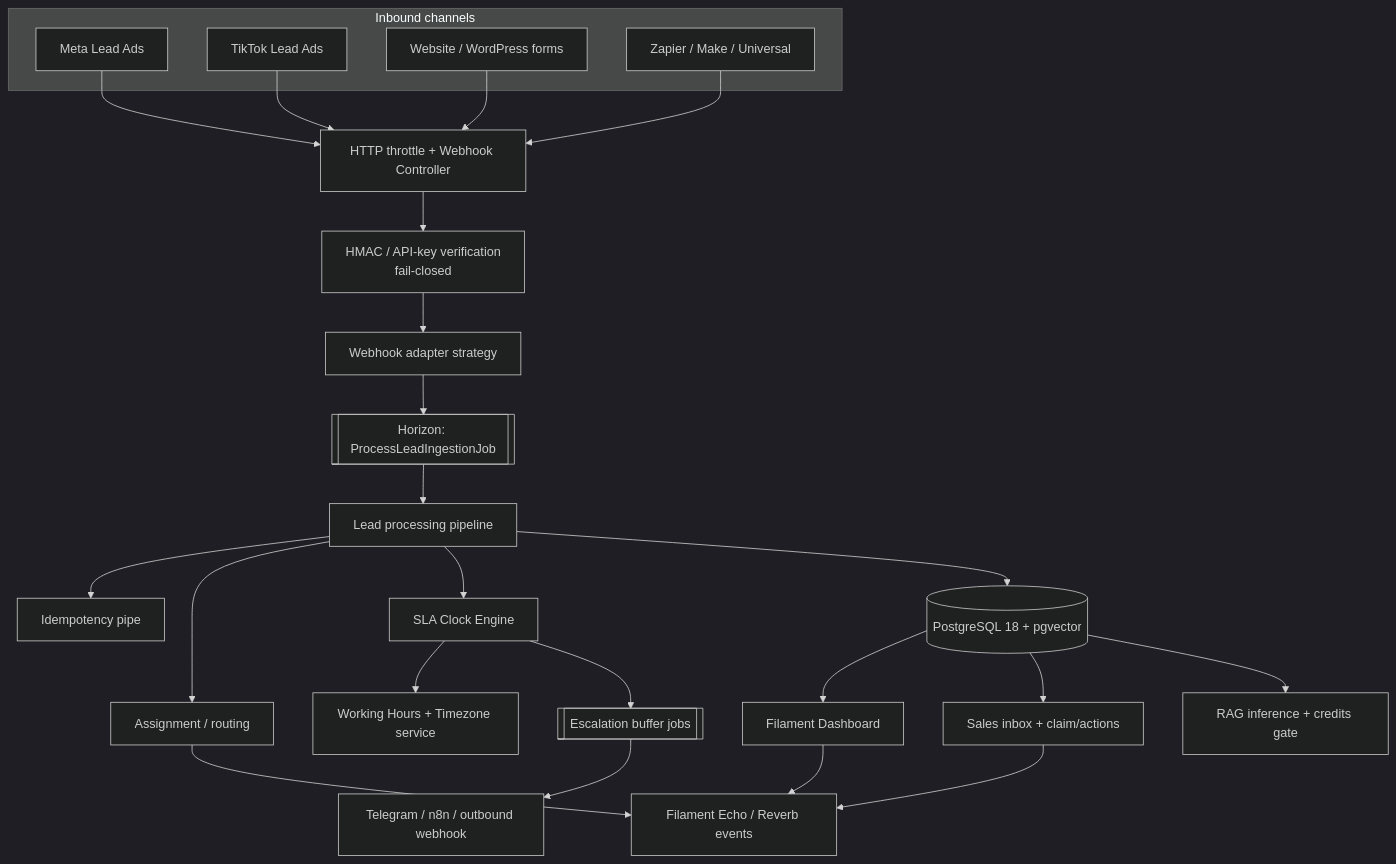
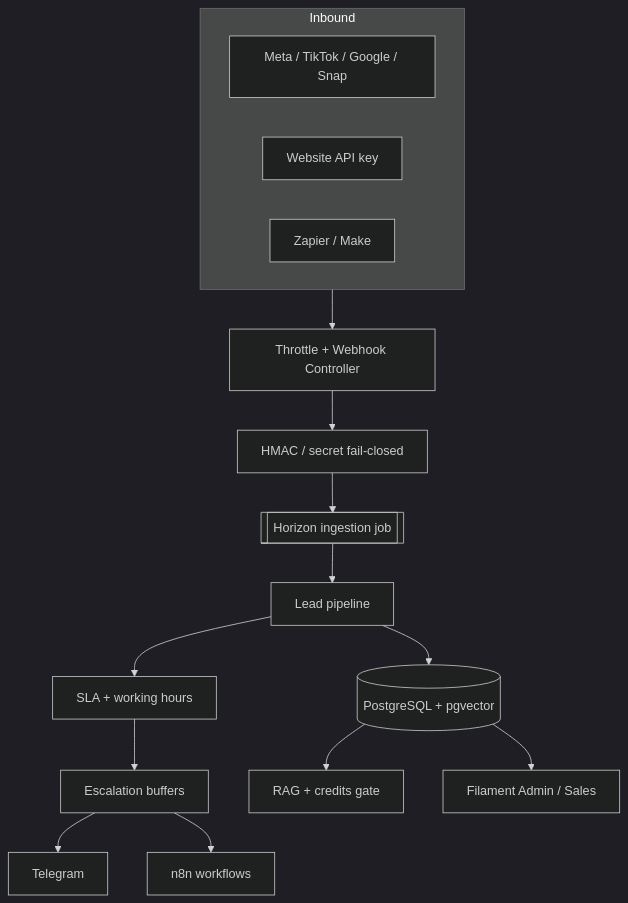
Before and after one commit to yousefbzaqout/firsttouch-sla: the diagram in README.md, drawn with Mermaid (dark theme). The commit also changed other lines of this file and 18 other files, not shown here.

````diff
--- a/README.md
+++ b/README.md
@@ -33,35 +116,20 @@
 ```mermaid
 graph TD
-  subgraph Inbound["Inbound channels"]
-    META[Meta Lead Ads]
-    TT[TikTok Lead Ads]
-    WEB[Website / WordPress forms]
-    UNI[Zapier / Make / Universal]
+  subgraph Inbound
+    M[Meta / TikTok / Google / Snap]
+    W[Website API key]
+    Z[Zapier / Make]
   end
 
-  META --> RL[HTTP throttle + Webhook Controller]
-  TT --> RL
-  WEB --> RL
-  UNI --> RL
-
-  RL --> HMAC[HMAC / API-key verification<br/>fail-closed]
-  HMAC --> ADP[Webhook adapter strategy]
-  ADP --> QIN[[Horizon: ProcessLeadIngestionJob]]
-
-  QIN --> PIPE[Lead processing pipeline]
-  PIPE --> IDEM[Idempotency pipe]
-  PIPE --> ASN[Assignment / routing]
-  PIPE --> SLA[SLA Clock Engine]
-  SLA --> WH[Working Hours + Timezone service]
-  PIPE --> DB[(PostgreSQL 18 + pgvector)]
-
-  SLA --> BUF[[Escalation buffer jobs]]
-  BUF --> ALERT[Telegram / n8n / outbound webhook]
-  ASN --> WS[Filament Echo / Reverb events]
-  DB --> UI[Filament Dashboard]
-  DB --> SALES[Sales inbox + claim/actions]
-  DB --> RAG[RAG inference + credits gate]
-
-  UI --> WS
-  SALES --> WS
+  Inbound --> T[Throttle + Webhook Controller]
+  T --> H[HMAC / secret fail-closed]
+  H --> Q[[Horizon ingestion job]]
+  Q --> P[Lead pipeline]
+  P --> DB[(PostgreSQL + pgvector)]
+  P --> SLA[SLA + working hours]
+  SLA --> BUF[Escalation buffers]
+  BUF --> TG[Telegram]
+  BUF --> N8N[n8n workflows]
+  DB --> AI[RAG + credits gate]
+  DB --> UI[Filament Admin / Sales]
 ```
````
